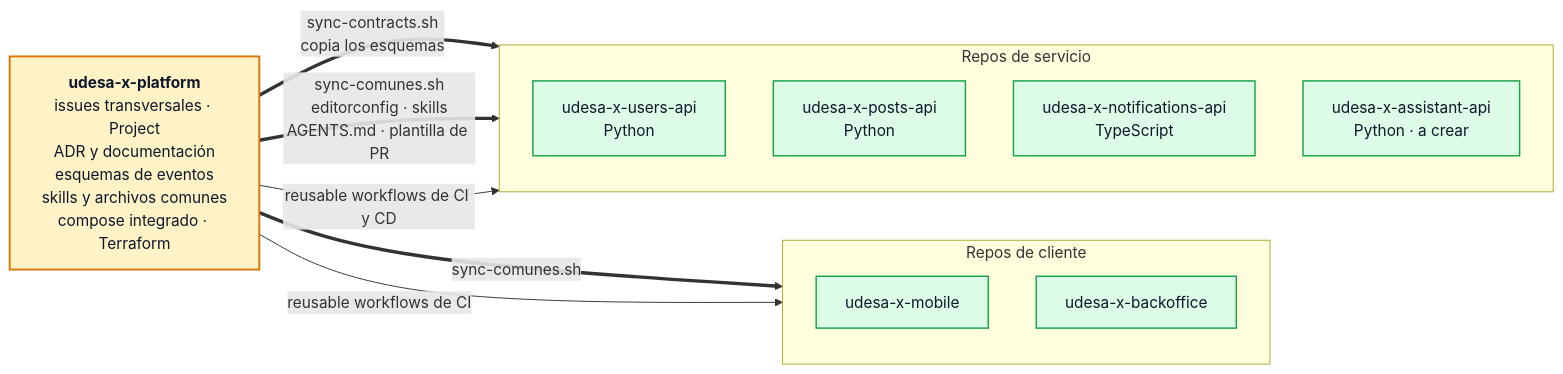
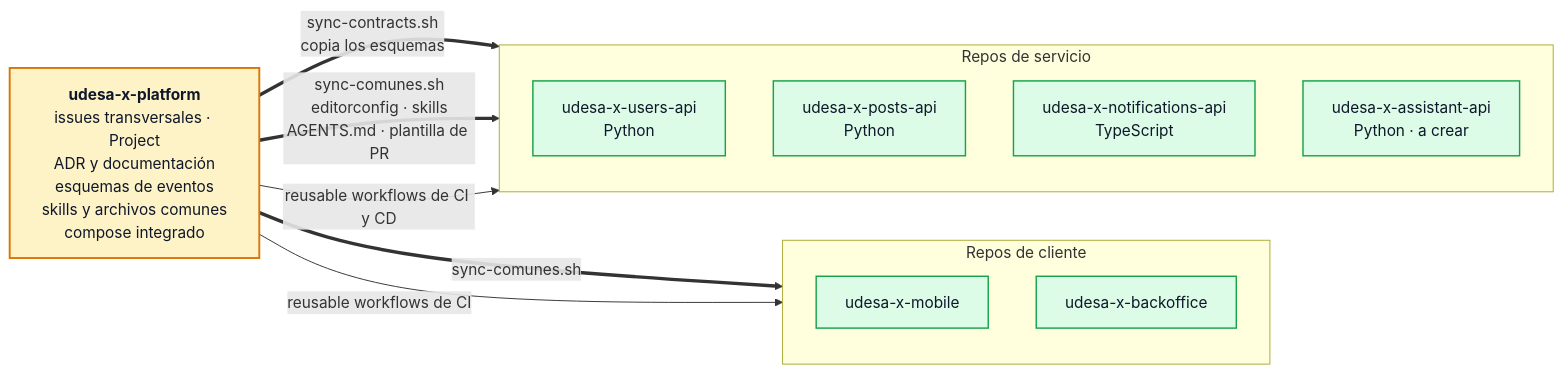
The first of 6 diagrams in docs/ARQUITECTURA.md (tds-g3-2s2026/udesa-x-platform), drawn with Mermaid before and after one commit. The commit also changed other lines of this file and 5 other files, not shown here.

````diff
--- a/docs/ARQUITECTURA.md
+++ b/docs/ARQUITECTURA.md
@@ -144,29 +151,29 @@
 ```mermaid
 flowchart LR
-    PLAT["<b>udesa-x-platform</b><br/>issues transversales · Project<br/>ADR y documentación<br/>esquemas de eventos<br/>skills y archivos comunes<br/>compose integrado · Terraform"]
+    PLAT["<b>udesa-x-platform</b><br/>issues transversales · Project<br/>ADR y documentación<br/>esquemas de eventos<br/>skills y archivos comunes<br/>compose integrado"]
 
     subgraph svcs["Repos de servicio"]
         direction TB
         R1["udesa-x-users-api<br/>Python"]
         R2["udesa-x-posts-api<br/>Python"]
         R3["udesa-x-notifications-api<br/>TypeScript"]
         R4["udesa-x-assistant-api<br/>Python · a crear"]
     end
 
     subgraph cli["Repos de cliente"]
         direction TB
         R5["udesa-x-mobile"]
         R6["udesa-x-backoffice"]
     end
 
     PLAT ==>|"sync-contracts.sh<br/>copia los esquemas"| svcs
     PLAT ==>|"sync-comunes.sh<br/>editorconfig · skills<br/>AGENTS.md · plantilla de PR"| svcs
     PLAT ==>|"sync-comunes.sh"| cli
     PLAT -->|"reusable workflows de CI y CD"| svcs
     PLAT -->|"reusable workflows de CI"| cli
 
     classDef hub fill:#fef3c7,stroke:#d97706,stroke-width:2px,color:#0f172a
     classDef repo fill:#dcfce7,stroke:#16a34a,stroke-width:1.5px,color:#0f172a
     class PLAT hub
     class R1,R2,R3,R4,R5,R6 repo
 ```
````
